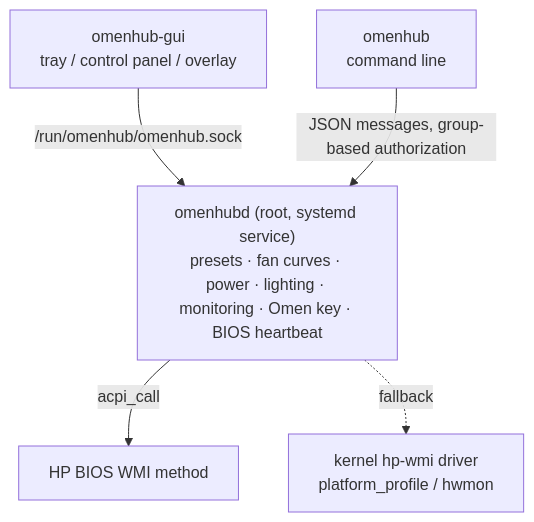
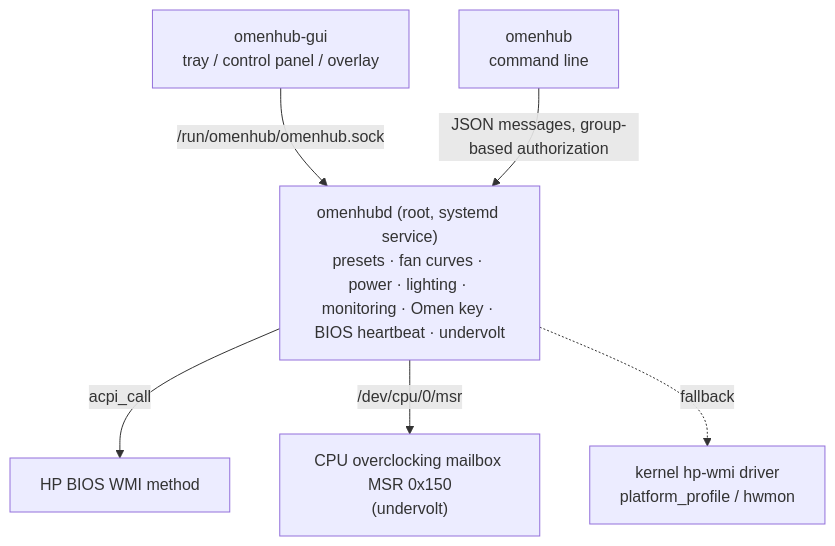
The diagram in README.EN.md (ttwang2353666-cell/1), drawn with Mermaid before and after one commit. The commit also changed other lines of this file and 15 other files, not shown here.

````diff
--- a/README.EN.md
+++ b/README.EN.md
@@ -51,8 +52,9 @@
 ```mermaid
 flowchart TB
     gui["omenhub-gui<br/>tray / control panel / overlay"] -->|"/run/omenhub/omenhub.sock"| d
     cli["omenhub<br/>command line"] -->|"JSON messages, group-based authorization"| d
-    d["omenhubd (root, systemd service)<br/>presets · fan curves · power · lighting · monitoring · Omen key · BIOS heartbeat"]
+    d["omenhubd (root, systemd service)<br/>presets · fan curves · power · lighting · monitoring · Omen key · BIOS heartbeat · undervolt"]
     d -->|"acpi_call"| bios["HP BIOS WMI method"]
+    d -->|"/dev/cpu/0/msr"| msr["CPU overclocking mailbox MSR 0x150<br/>(undervolt)"]
     d -.->|"fallback"| hpwmi["kernel hp-wmi driver<br/>platform_profile / hwmon"]
 ```
````
